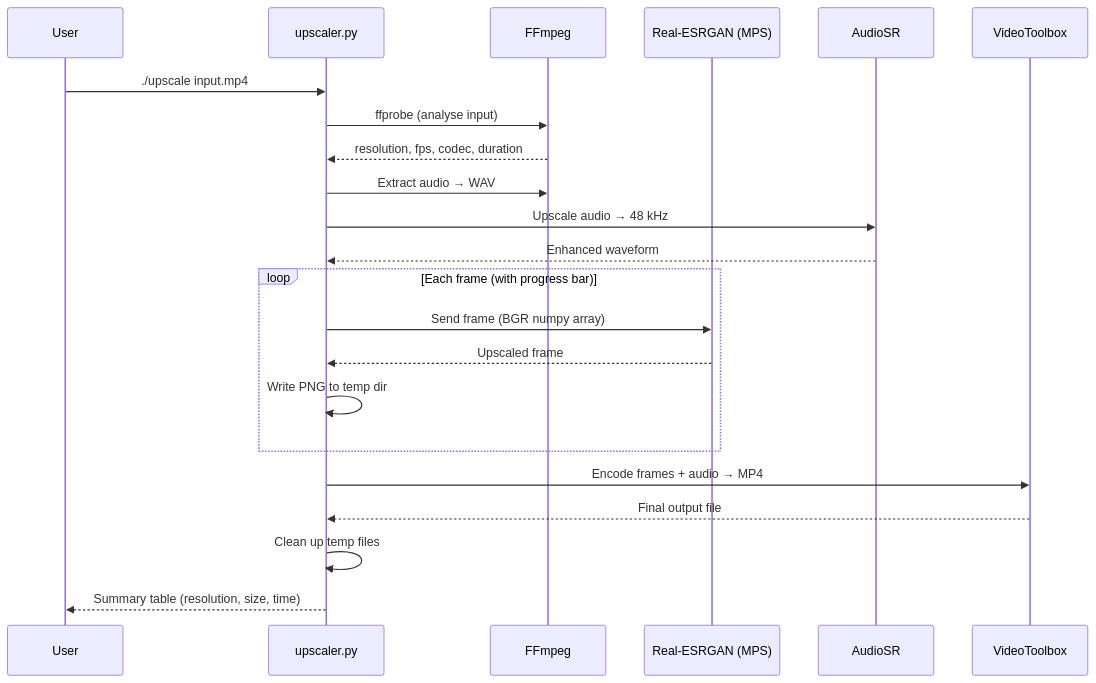
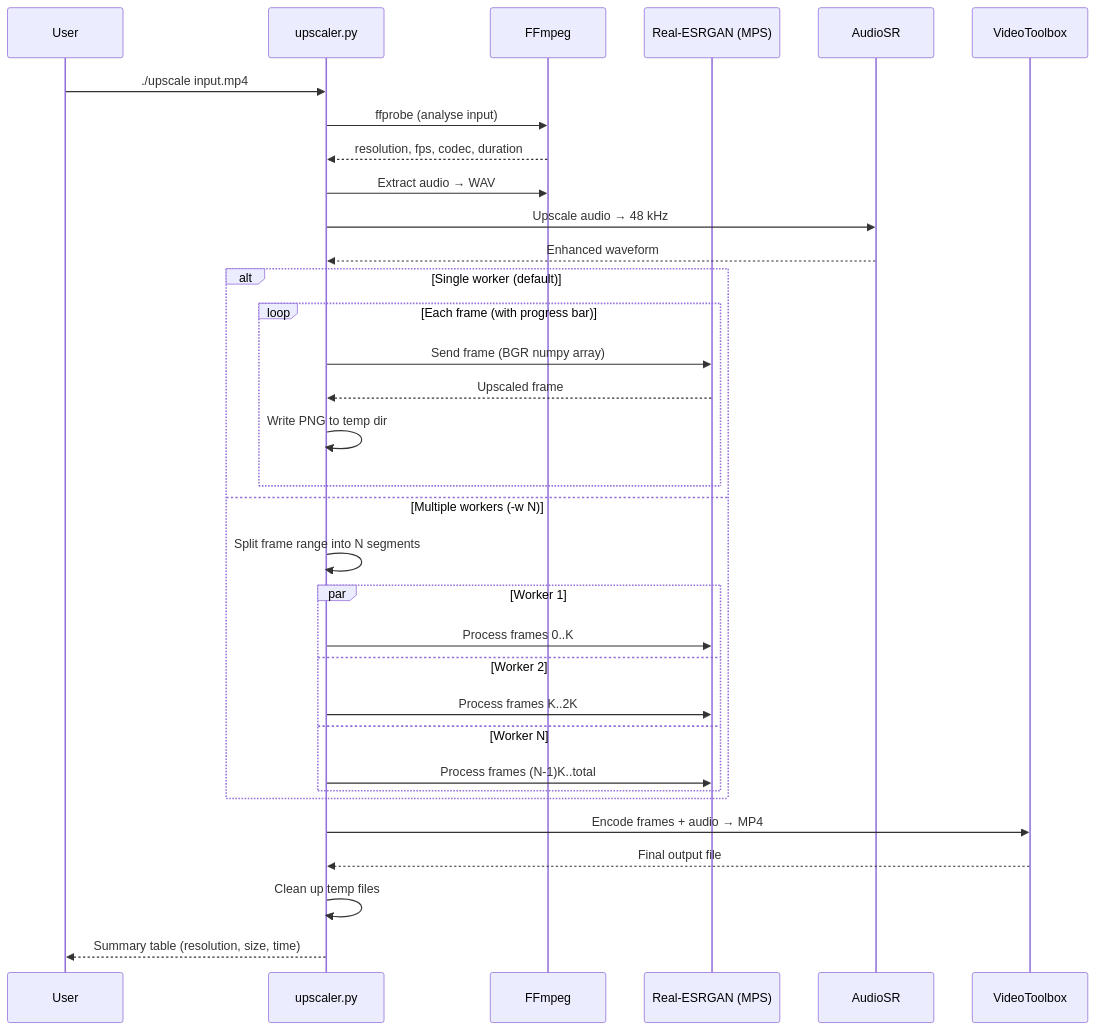
Before and after one commit to kiyanwang/upscaler: the third of 3 diagrams in README.md, drawn with Mermaid. The commit also changed other lines of this file and 1 other file, not shown here.

Commit message:
feat: add --workers flag for parallel video upscaling
Split video frame processing across N worker processes, each with its
own Real-ESRGAN/GFPGAN model instance on MPS. Uses multiprocessing with
spawn start method, barrier-based warmup sync, queue-based progress
tracking, and graceful SIGINT shutdown. Single-worker path (default)
remains unchanged.

````diff
--- a/README.md
+++ b/README.md
@@ -88,28 +89,39 @@
 ```mermaid
 sequenceDiagram
     participant User
     participant CLI as upscaler.py
     participant FFmpeg
     participant ESRGAN as Real-ESRGAN (MPS)
     participant AudioSR
     participant VTB as VideoToolbox
 
     User->>CLI: ./upscale input.mp4
     CLI->>FFmpeg: ffprobe (analyse input)
     FFmpeg-->>CLI: resolution, fps, codec, duration
 
     CLI->>FFmpeg: Extract audio → WAV
     CLI->>AudioSR: Upscale audio → 48 kHz
     AudioSR-->>CLI: Enhanced waveform
 
-    loop Each frame (with progress bar)
-        CLI->>ESRGAN: Send frame (BGR numpy array)
-        ESRGAN-->>CLI: Upscaled frame
-        CLI->>CLI: Write PNG to temp dir
+    alt Single worker (default)
+        loop Each frame (with progress bar)
+            CLI->>ESRGAN: Send frame (BGR numpy array)
+            ESRGAN-->>CLI: Upscaled frame
+            CLI->>CLI: Write PNG to temp dir
+        end
+    else Multiple workers (-w N)
+        CLI->>CLI: Split frame range into N segments
+        par Worker 1
+            CLI->>ESRGAN: Process frames 0..K
+        and Worker 2
+            CLI->>ESRGAN: Process frames K..2K
+        and Worker N
+            CLI->>ESRGAN: Process frames (N-1)K..total
+        end
     end
 
     CLI->>VTB: Encode frames + audio → MP4
     VTB-->>CLI: Final output file
     CLI->>CLI: Clean up temp files
     CLI-->>User: Summary table (resolution, size, time)
 ```
````
